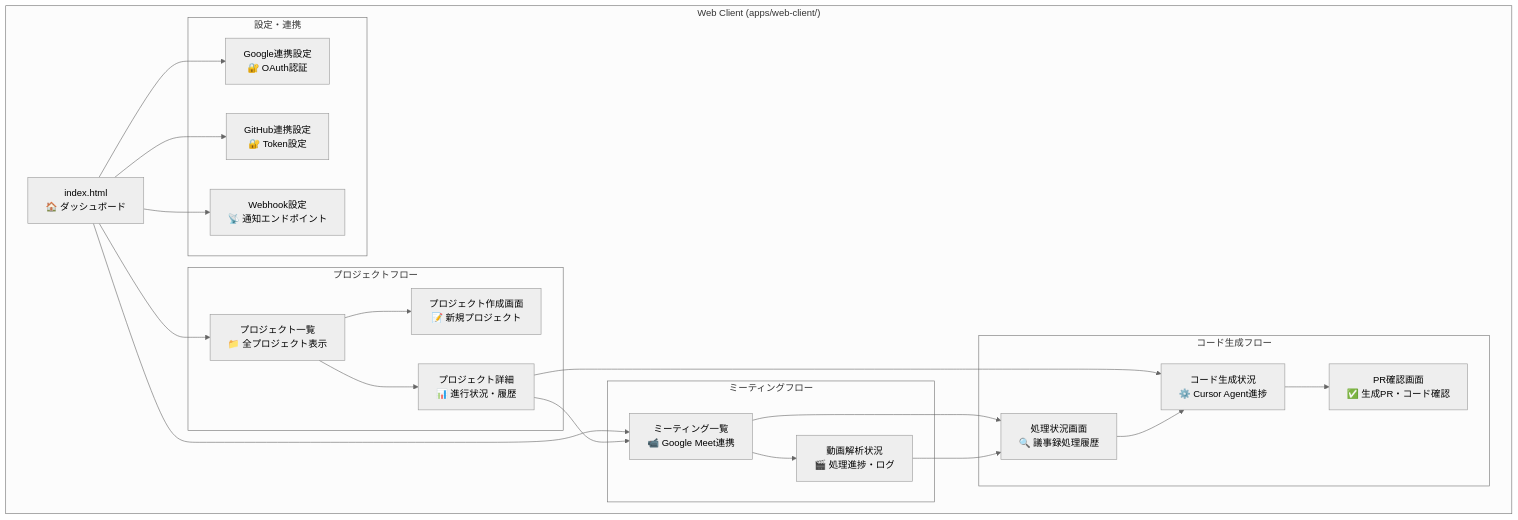
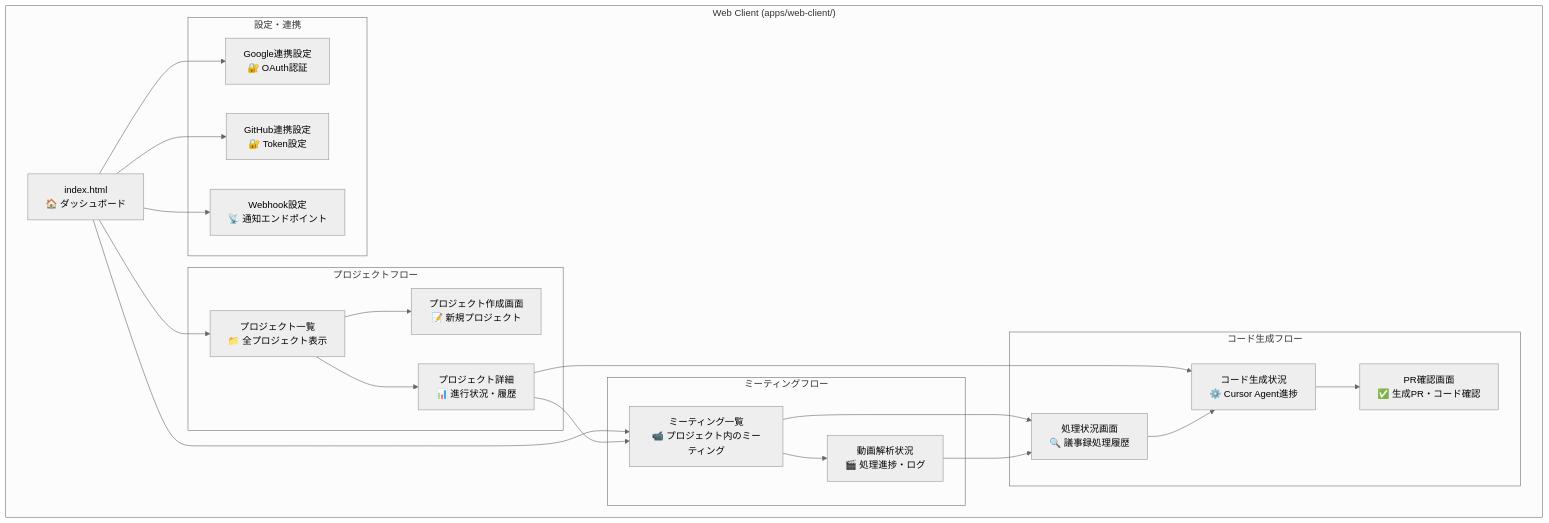
Before and after one commit to supertask/MentraAgent: the eighth of 10 diagrams in docs/RealworldAgent_Diagrams.md, drawn with Mermaid (neutral theme). The commit also changed other lines of this file, not shown here.

Commit message:
update diagram

````diff
--- a/docs/RealworldAgent_Diagrams.md
+++ b/docs/RealworldAgent_Diagrams.md
@@ -853,49 +853,48 @@
 ```mermaid
 graph TB
     subgraph Frontend["Web Client (apps/web-client/)"]
         Index["index.html<br/>🏠 ダッシュボード"]
         
         subgraph ProjectFlow["プロジェクトフロー"]
             ProjectCreate["プロジェクト作成画面<br/>📝 新規プロジェクト"]
             ProjectList["プロジェクト一覧<br/>📁 全プロジェクト表示"]
             ProjectDetail["プロジェクト詳細<br/>📊 進行状況・履歴"]
         end
         
         subgraph MeetingFlow["ミーティングフロー"]
-            MeetingList["ミーティング一覧<br/>📹 Google Meet連携"]
+            MeetingList["ミーティング一覧<br/>📹 プロジェクト内のミーティング"]
             VideoAnalysis["動画解析状況<br/>🎬 処理進捗・ログ"]
         end
         
         subgraph CodeGenFlow["コード生成フロー"]
             ProcessingStatus["処理状況画面<br/>🔍 議事録処理履歴"]
             CodeGenStatus["コード生成状況<br/>⚙️ Cursor Agent進捗"]
             PRView["PR確認画面<br/>✅ 生成PR・コード確認"]
         end
         
         subgraph SettingsFlow["設定・連携"]
             GoogleAuth["Google連携設定<br/>🔐 OAuth認証"]
             GitHubAuth["GitHub連携設定<br/>🔐 Token設定"]
             WebhookConfig["Webhook設定<br/>📡 通知エンドポイント"]
         end
     end
     
     Index --> ProjectList
     Index --> MeetingList
     
     ProjectList --> ProjectCreate
     ProjectList --> ProjectDetail
     
     ProjectDetail --> MeetingList
     ProjectDetail --> CodeGenStatus
     
     MeetingList --> VideoAnalysis
-    
     MeetingList --> ProcessingStatus
     VideoAnalysis --> ProcessingStatus
     ProcessingStatus --> CodeGenStatus
     CodeGenStatus --> PRView
     
     Index --> GoogleAuth
     Index --> GitHubAuth
     Index --> WebhookConfig
 ```
````
